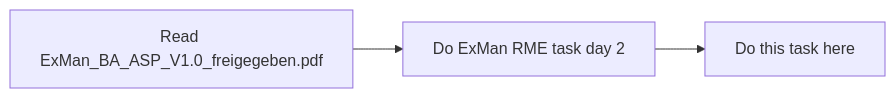
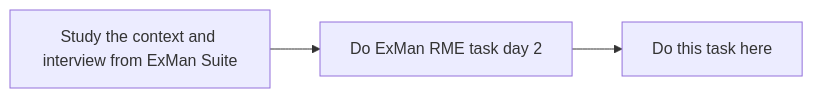
The diagram in docs/tasks/c4-exman.md (nds-swe/swdt), drawn with Mermaid before and after one commit. The commit also changed other lines of this file, not shown here.

````diff
--- a/docs/tasks/c4-exman.md
+++ b/docs/tasks/c4-exman.md
@@ -31,5 +31,5 @@
 ```mermaid
   graph LR;
-    A[Read ExMan_BA_ASP_V1.0_freigegeben.pdf] --> B
+    A[Study the context and interview from ExMan Suite] --> B
     B[Do ExMan RME task day 2]-->C[Do this task here];
 ```
````
